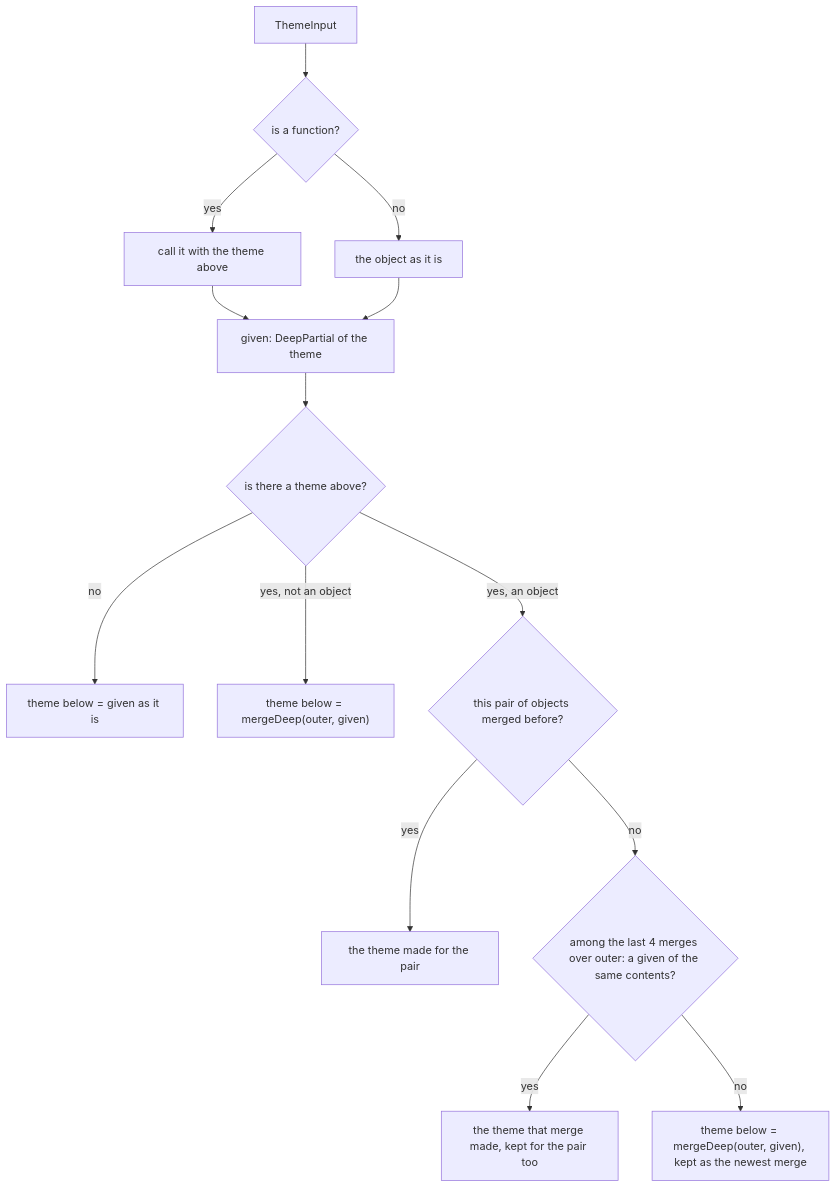
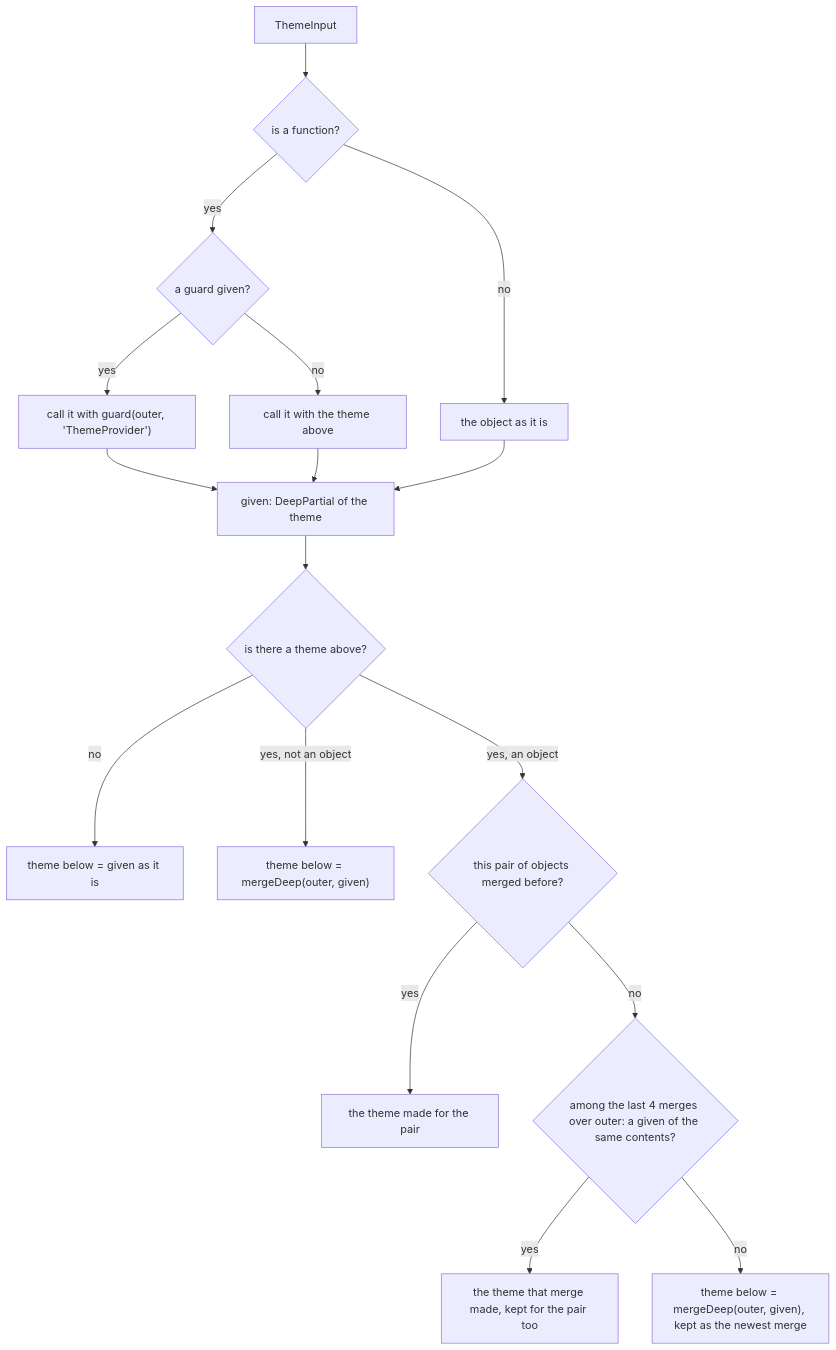
Before and after one commit to soroush-tech/umber-style: the diagram in packages/core/src/themeInput.md, drawn with Mermaid. The commit also changed other lines of this file and 50 other files, not shown here.

````diff
--- a/packages/core/src/themeInput.md
+++ b/packages/core/src/themeInput.md
@@ -21,16 +21,19 @@
 ```mermaid
 flowchart TD
   input["ThemeInput"] --> fn{"is a function?"}
-  fn -->|yes| callNode["call it with the theme above"]
+  fn -->|yes| guardQ{"a guard given?"}
+  guardQ -->|yes| guarded["call it with guard(outer, 'ThemeProvider')"]
+  guardQ -->|no| callNode["call it with the theme above"]
+  guarded --> given
   fn -->|no| asis["the object as it is"]
   callNode --> given["given: DeepPartial of the theme"]
   asis --> given
   given --> out{"is there a theme above?"}
   out -->|no| take["theme below = given as it is"]
   out -->|"yes, not an object"| plain["theme below = mergeDeep(outer, given)"]
   out -->|"yes, an object"| pair{"this pair of objects merged before?"}
   pair -->|yes| pairMerged["the theme made for the pair"]
   pair -->|no| recent{"among the last 4 merges over outer: a given of the same contents?"}
   recent -->|yes| earlier["the theme that merge made, kept for the pair too"]
   recent -->|no| merge["theme below = mergeDeep(outer, given), kept as the newest merge"]
 ```
````
